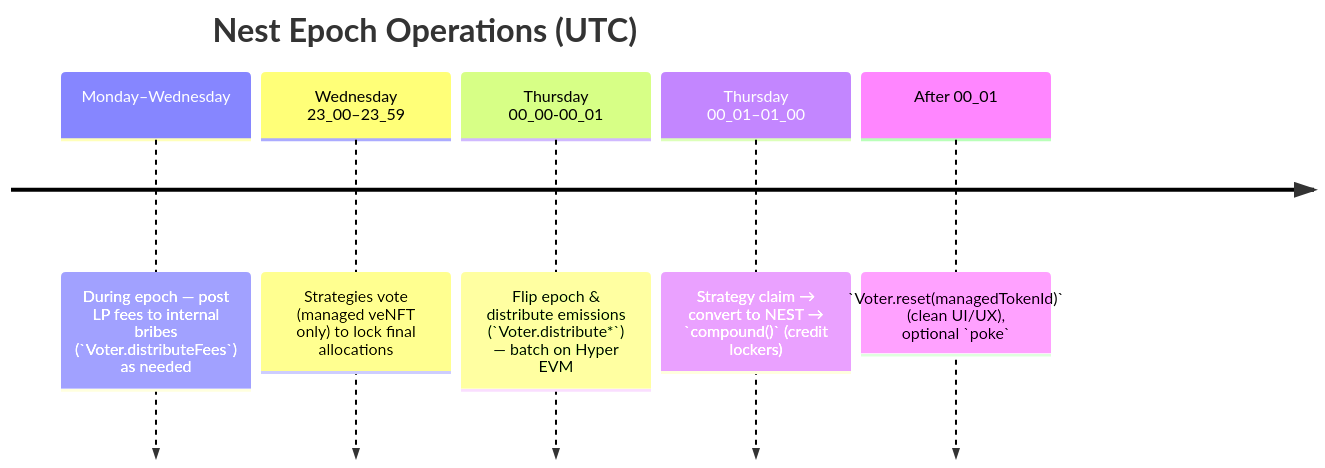
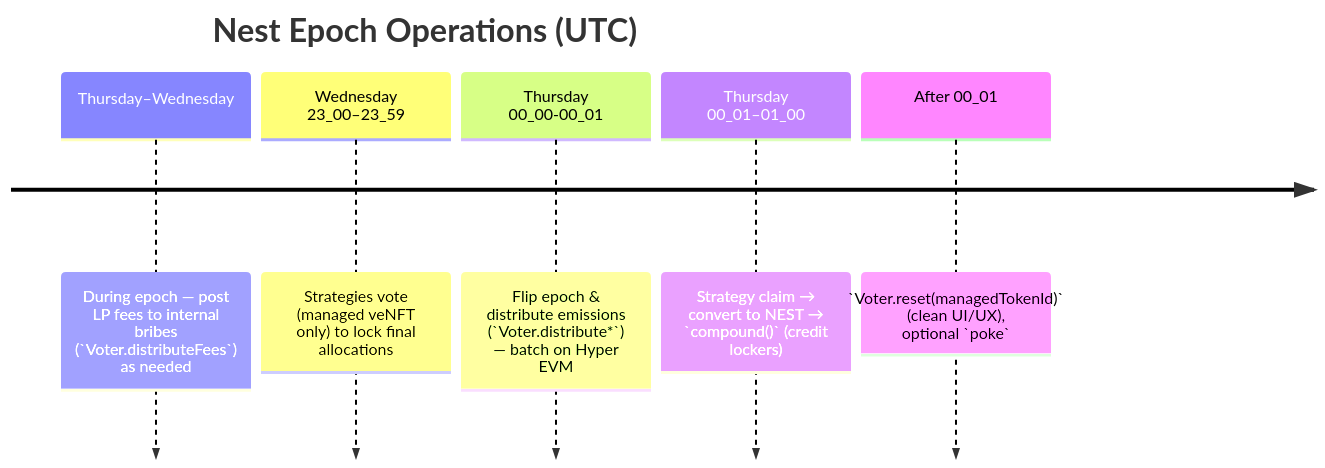
One commit to FenixProtocol/nest-core changed the diagram in docs/EpochOperations.md. Above: the diagram before and after it, drawn with Mermaid.

Commit message:
fix day of start epoch

````diff
--- a/docs/EpochOperations.md
+++ b/docs/EpochOperations.md
@@ -22,9 +22,9 @@
 ```mermaid
 timeline
     title Nest Epoch Operations (UTC)
-    Monday–Wednesday : During epoch — post LP fees to internal bribes (`Voter.distributeFees`) as needed
+    Thursday–Wednesday : During epoch — post LP fees to internal bribes (`Voter.distributeFees`) as needed
     Wednesday 23_00–23_59 : Strategies vote (managed veNFT only) to lock final allocations
     Thursday 00_00-00_01 : Flip epoch & distribute emissions (`Voter.distribute*`) — batch on Hyper EVM
     Thursday 00_01–01_00 : Strategy claim → convert to NEST → `compound()` (credit lockers)
     After 00_01 : `Voter.reset(managedTokenId)` (clean UI/UX), optional `poke`
 ```
````
